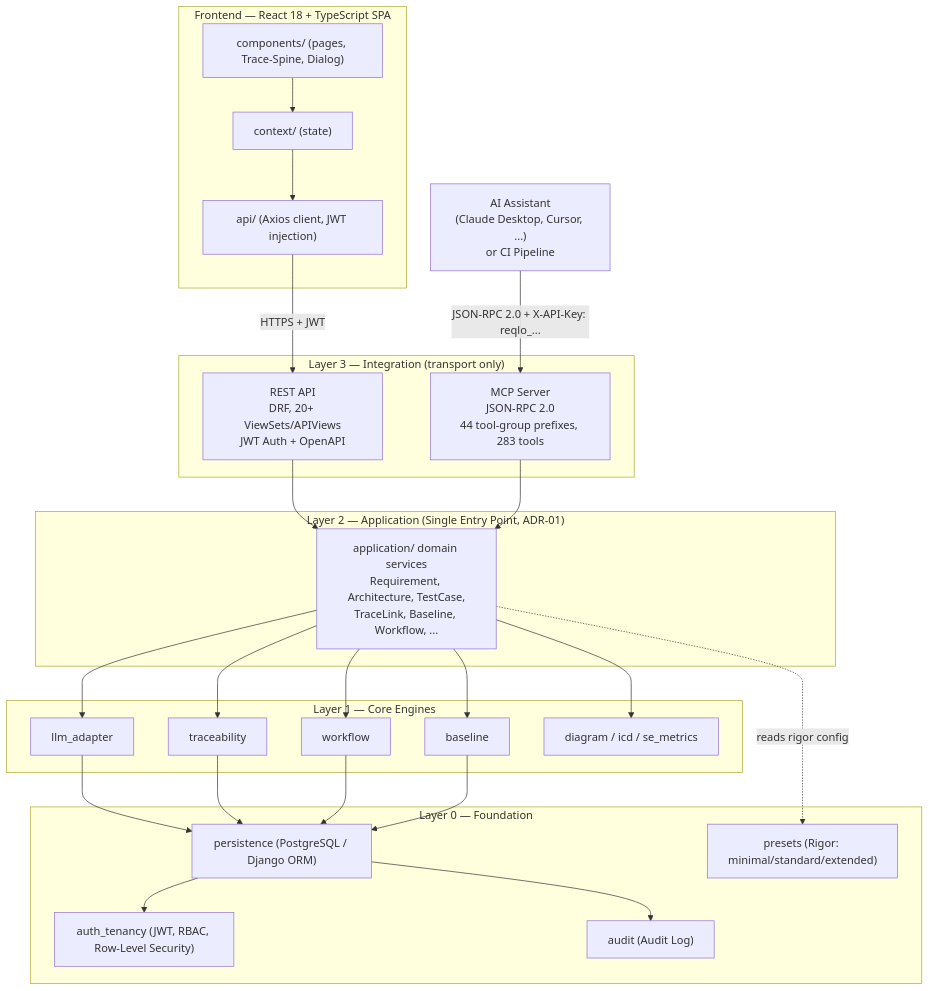
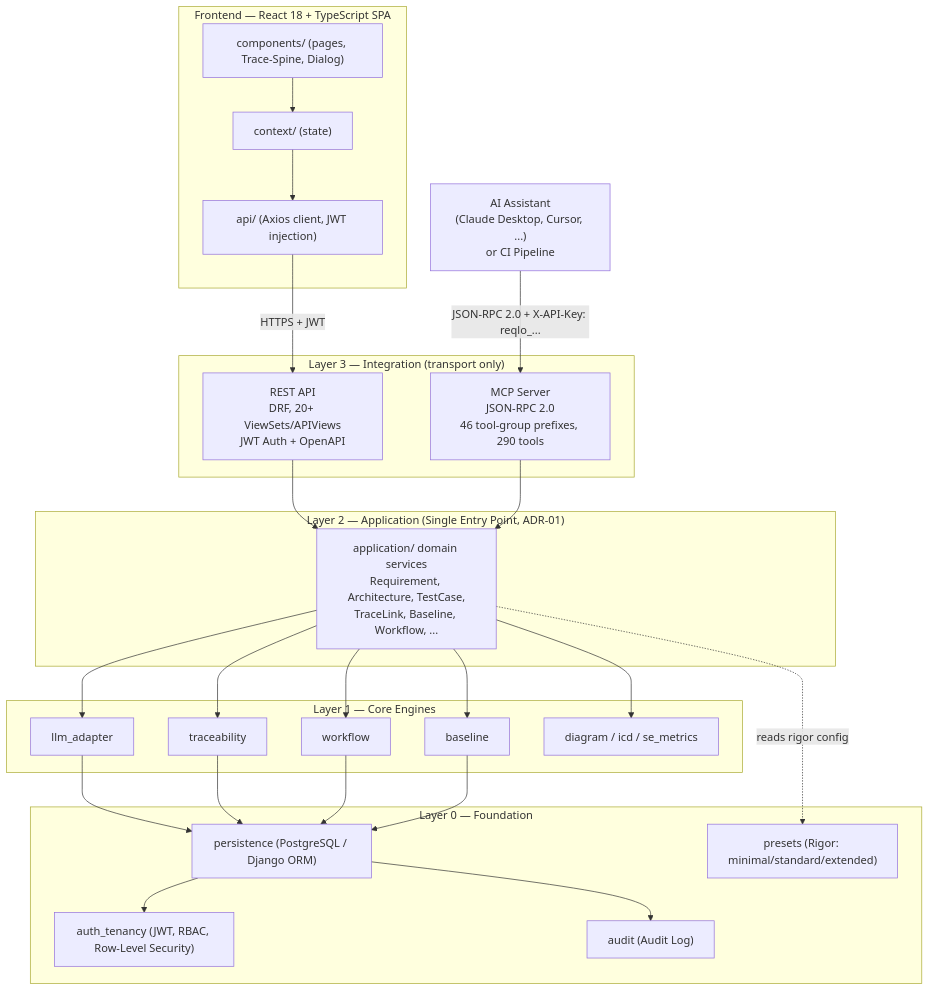
One commit to Popoboxxo/ReqogniLoom changed the first of 3 diagrams in README.md. Above: the diagram before and after it, drawn with Mermaid. The commit also changed other lines of this file and 13 other files, not shown here.

````diff
--- a/README.md
+++ b/README.md
@@ -102,53 +102,53 @@
 ```mermaid
 graph TD
     subgraph FE["Frontend — React 18 + TypeScript SPA"]
         UI["components/ (pages, Trace-Spine, Dialog)"]
         CTX["context/ (state)"]
         APICLIENT["api/ (Axios client, JWT injection)"]
         UI --> CTX --> APICLIENT
     end
 
     EXT["AI Assistant<br/>(Claude Desktop, Cursor, ...)<br/>or CI Pipeline"]
 
     subgraph L3["Layer 3 — Integration (transport only)"]
         REST["REST API<br/>DRF, 20+ ViewSets/APIViews<br/>JWT Auth + OpenAPI"]
-        MCP["MCP Server<br/>JSON-RPC 2.0<br/>44 tool-group prefixes, 283 tools"]
+        MCP["MCP Server<br/>JSON-RPC 2.0<br/>46 tool-group prefixes, 290 tools"]
     end
 
     subgraph L2["Layer 2 — Application (Single Entry Point, ADR-01)"]
         APP["application/ domain services<br/>Requirement, Architecture, TestCase,<br/>TraceLink, Baseline, Workflow, ..."]
     end
 
     subgraph L1["Layer 1 — Core Engines"]
         LLM["llm_adapter"]
         TRACE["traceability"]
         WF["workflow"]
         BASE["baseline"]
         DIAG["diagram / icd / se_metrics"]
     end
 
     subgraph L0["Layer 0 — Foundation"]
         PERSIST["persistence (PostgreSQL / Django ORM)"]
         AUTH["auth_tenancy (JWT, RBAC, Row-Level Security)"]
         PRESET["presets (Rigor: minimal/standard/extended)"]
         AUDIT["audit (Audit Log)"]
     end
 
     APICLIENT -->|"HTTPS + JWT"| REST
     EXT -->|"JSON-RPC 2.0 + X-API-Key: reqlo_..."| MCP
 
     REST --> APP
     MCP --> APP
     APP --> LLM
     APP --> TRACE
     APP --> WF
     APP --> BASE
     APP --> DIAG
     APP -.->|"reads rigor config"| PRESET
     LLM --> PERSIST
     TRACE --> PERSIST
     WF --> PERSIST
     BASE --> PERSIST
     PERSIST --> AUTH
     PERSIST --> AUDIT
 ```
````
